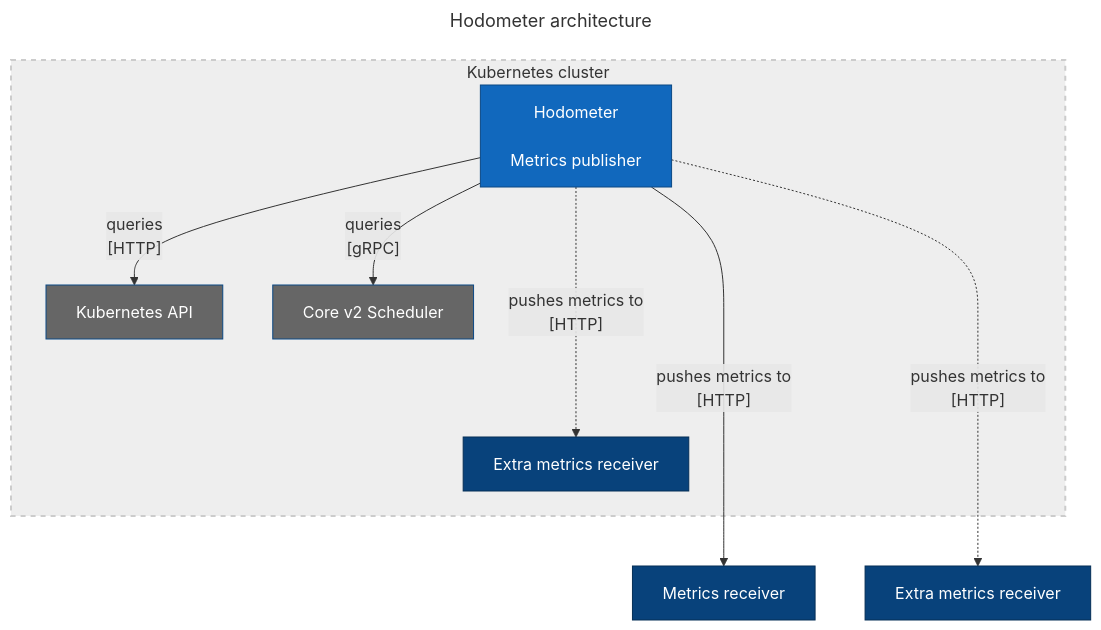
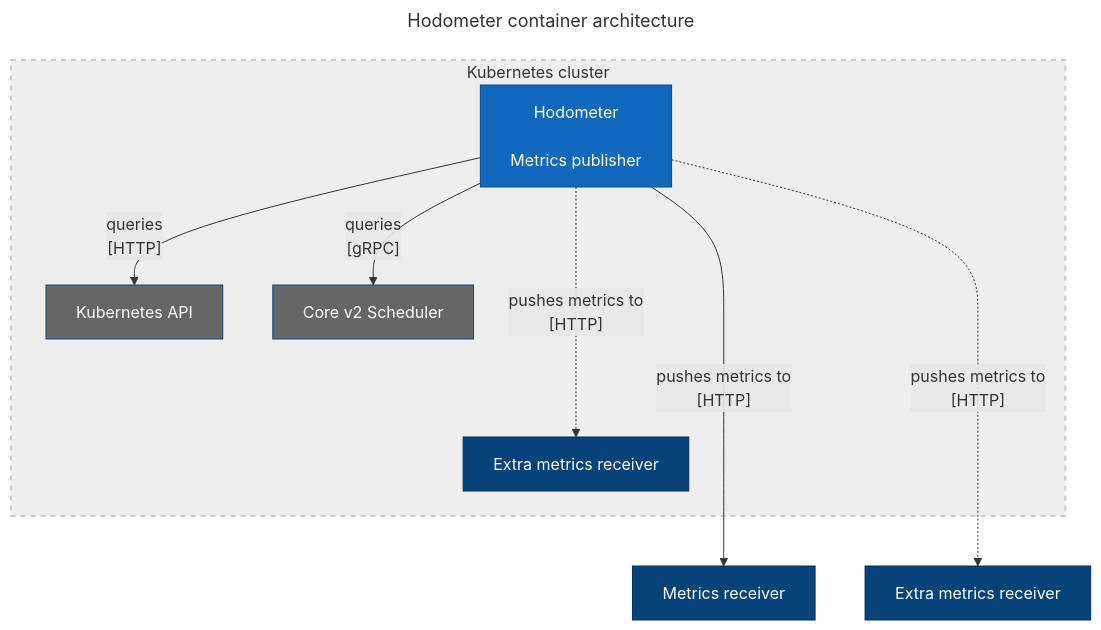
Before and after one commit to agrski/agrski.github.io: the diagram in docs/_drafts/scv2-hodometer-hodometer-container.mmd, drawn with Mermaid. The commit also changed 1 other file, not shown here.

Commit message:
Update container arch diagram titles to specify C4 level

```diff
--- a/docs/_drafts/scv2-hodometer-hodometer-container.mmd
+++ b/docs/_drafts/scv2-hodometer-hodometer-container.mmd
@@ -1,32 +1,32 @@
 ---
-title: Hodometer architecture
+title: Hodometer container architecture
 ---
 
 flowchart TD
   H["Hodometer\n\nMetrics publisher"]
   K["Kubernetes API"]
   S["Core v2 Scheduler"]
   R1["Metrics receiver"]
   R2["Extra metrics receiver"]
   R3["Extra metrics receiver"]
 
   subgraph k8s-cluster[Kubernetes cluster]
     H --> |"queries\n[gRPC]"| S
     H --> |"queries\n[HTTP]"| K
     H -..-> |"pushes metrics to\n[HTTP]"| R2
   end
   H ----> |"pushes metrics to\n[HTTP]"| R1
   H -...-> |"pushes metrics to\n[HTTP]"| R3
 
   classDef focusSystem      fill:#1168bd,stroke:#0b4884,color:#ffffff
   classDef supportingSystem fill:#666,stroke:#0b4884,color:#ffffff
   classDef consumingSystem  fill:#08427b,stroke:#052e56,color:#ffffff
 
   class H focusSystem
   class S supportingSystem
   class K supportingSystem
   class R1 consumingSystem
   class R2 consumingSystem
   class R3 consumingSystem
 
   style k8s-cluster fill:#eee,stroke:#ccc,stroke-width:2px,stroke-dasharray: 5 5
```
